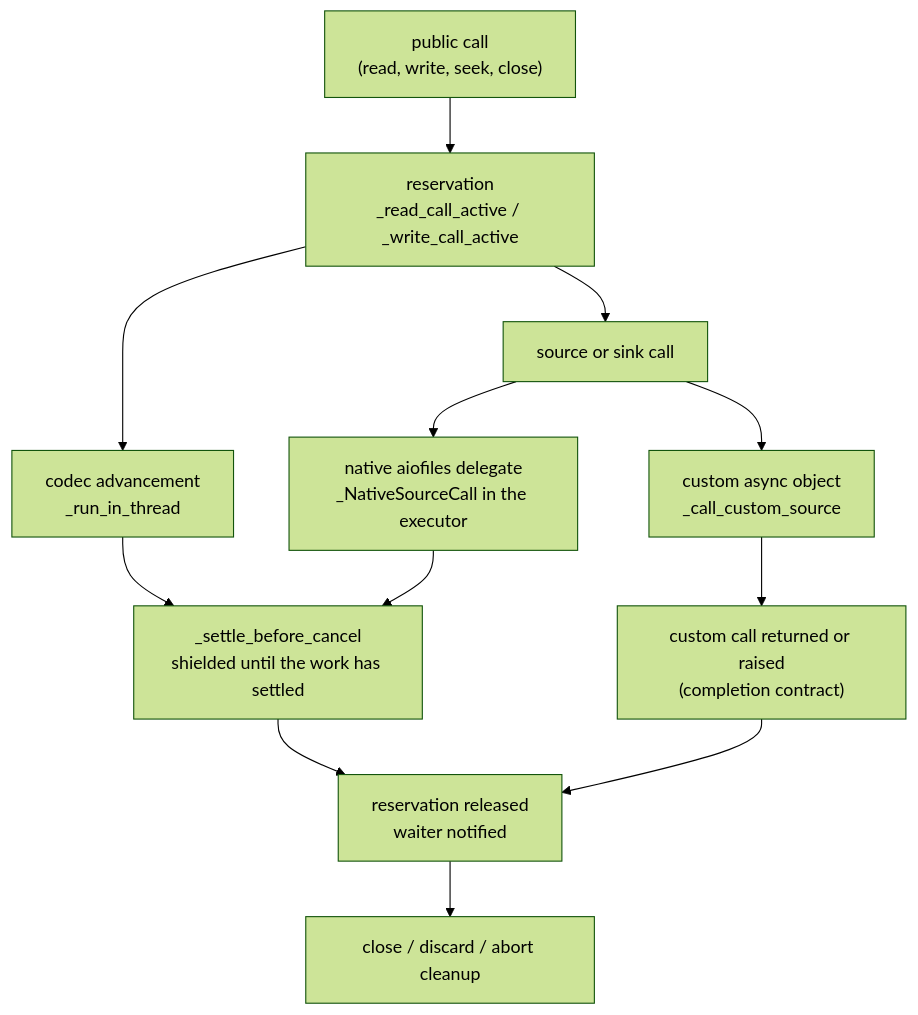
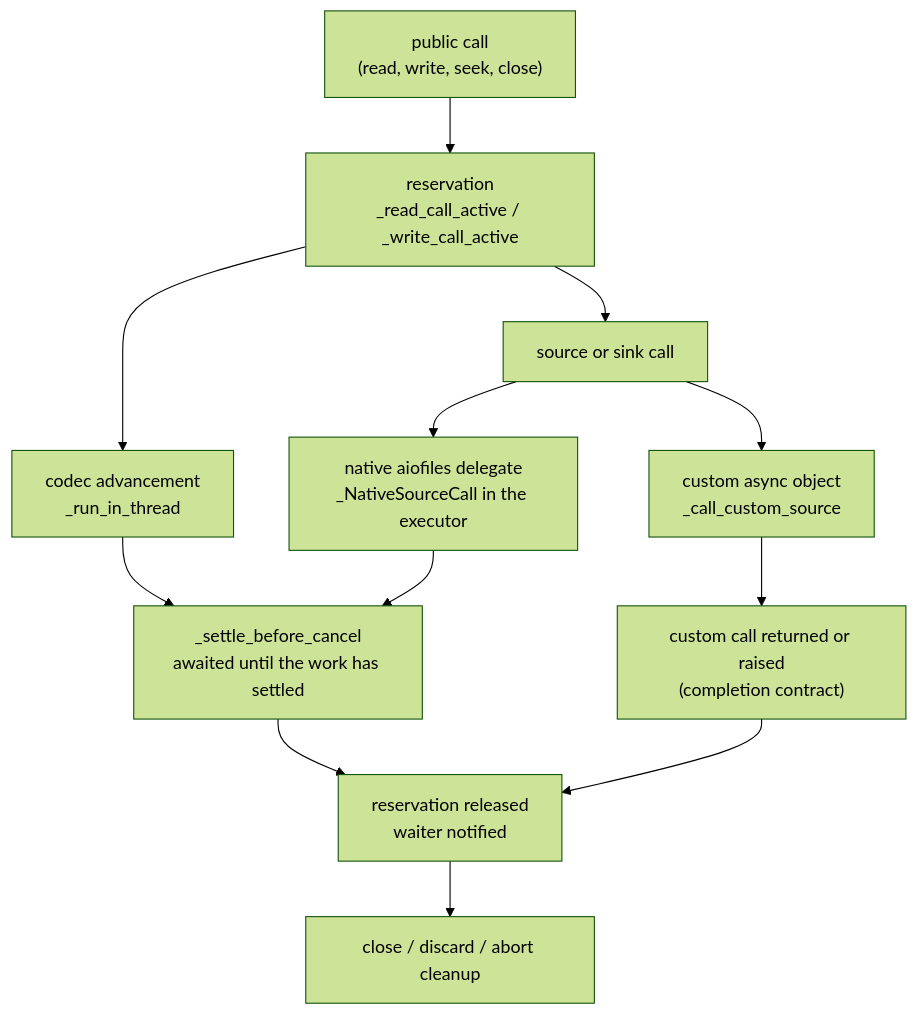
The diagram in plans/design/v2.0.0b2-file-state-model.md (geoff-davis/aiogzip), drawn with Mermaid (forest theme) before and after one commit. The commit also changed other lines of this file and 9 other files, not shown here.

First line of the commit message:
Fix: Settle cancelled native work without asyncio.shield logging

````diff
--- a/plans/design/v2.0.0b2-file-state-model.md
+++ b/plans/design/v2.0.0b2-file-state-model.md
@@ -120,14 +120,14 @@
 ```mermaid
 flowchart TD
     Call["public call<br/>(read, write, seek, close)"] --> Res["reservation<br/>_read_call_active / _write_call_active"]
     Res --> Codec["codec advancement<br/>_run_in_thread"]
     Res --> Src["source or sink call"]
     Src --> Native["native aiofiles delegate<br/>_NativeSourceCall in the executor"]
     Src --> Custom["custom async object<br/>_call_custom_source"]
-    Codec --> Settle["_settle_before_cancel<br/>shielded until the work has settled"]
+    Codec --> Settle["_settle_before_cancel<br/>awaited until the work has settled"]
     Native --> Settle
     Custom --> Done["custom call returned or raised<br/>(completion contract)"]
     Settle --> Release["reservation released<br/>waiter notified"]
     Done --> Release
     Release --> Cleanup["close / discard / abort cleanup"]
 ```
````
